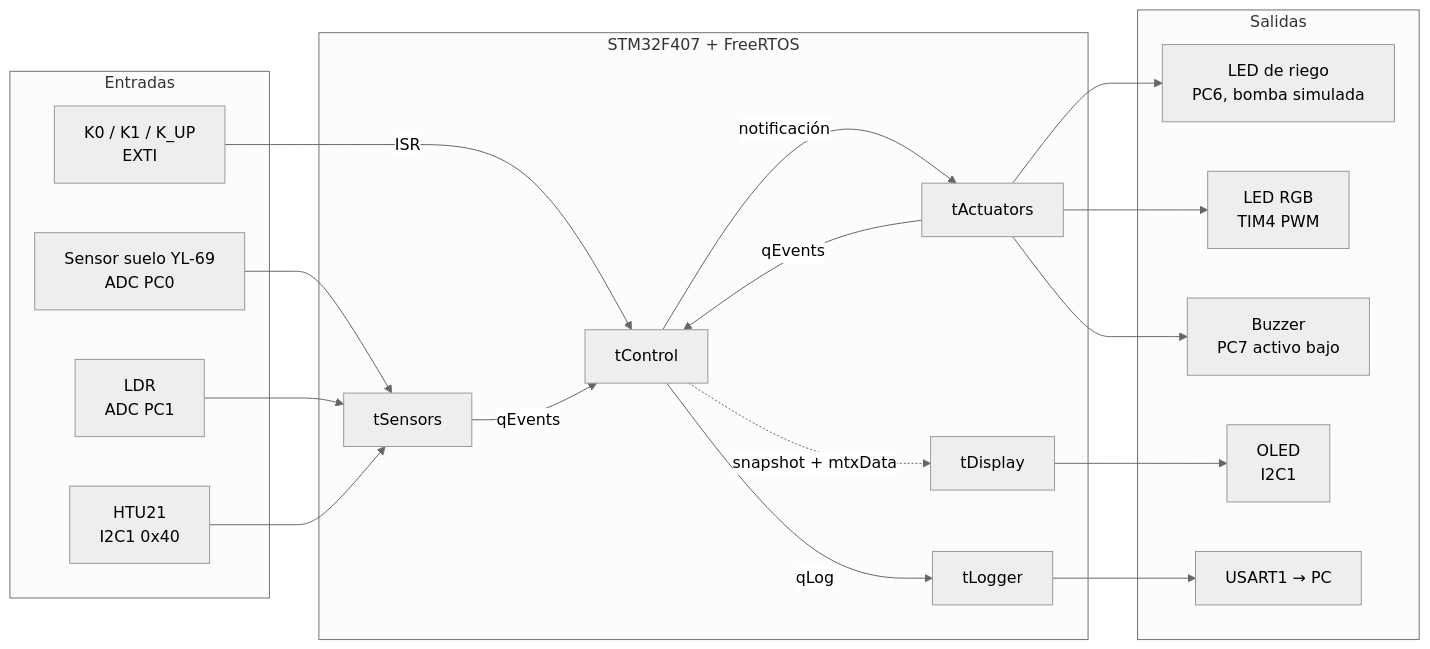
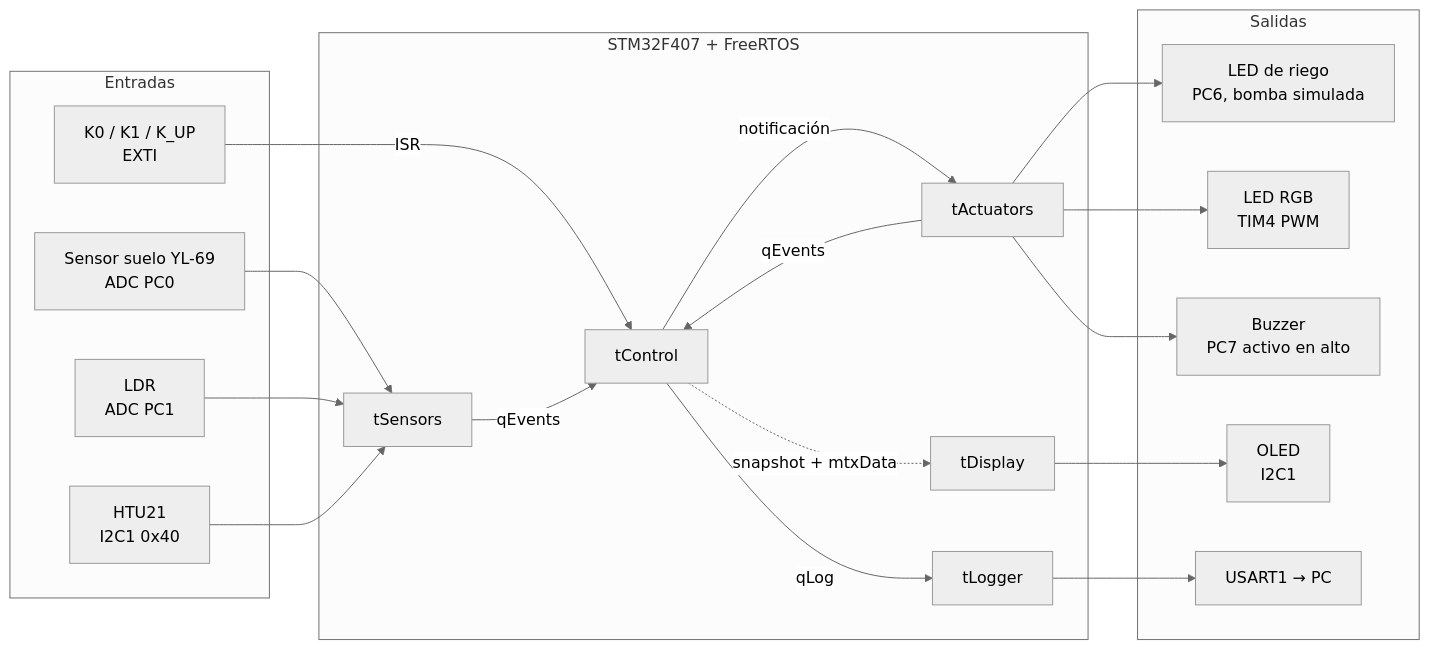
Before and after one commit to GildardoRestrepo/greenhouse_Mata_freeRTOS: the first of 3 diagrams in docs/arquitectura.md, drawn with Mermaid (neutral theme). The commit also changed other lines of this file and 6 other files, not shown here.

````diff
--- a/docs/arquitectura.md
+++ b/docs/arquitectura.md
@@ -18,35 +18,35 @@
 ```mermaid
 flowchart LR
   subgraph Entradas
     SOIL[Sensor suelo YL-69<br/>ADC PC0]
     LDR[LDR<br/>ADC PC1]
     AHT[HTU21<br/>I2C1 0x40]
     BTN[K0 / K1 / K_UP<br/>EXTI]
   end
   subgraph STM32F407 + FreeRTOS
     SEN[tSensors]
     CTL[tControl]
     ACT[tActuators]
     DSP[tDisplay]
     LOG[tLogger]
   end
   subgraph Salidas
     PUMP[LED de riego<br/>PC6, bomba simulada]
     RGB[LED RGB<br/>TIM4 PWM]
-    BUZ[Buzzer<br/>PC7 activo bajo]
+    BUZ[Buzzer<br/>PC7 activo en alto]
     OLED[OLED<br/>I2C1]
     UART[USART1 → PC]
   end
   SOIL --> SEN
   LDR --> SEN
   AHT --> SEN
   BTN -- ISR --> CTL
   SEN -- qEvents --> CTL
   CTL -- notificación --> ACT
   ACT -- qEvents --> CTL
   ACT --> PUMP & RGB & BUZ
   DSP --> OLED
   CTL -. snapshot + mtxData .-> DSP
   CTL -- qLog --> LOG
   LOG --> UART
 ```
````
